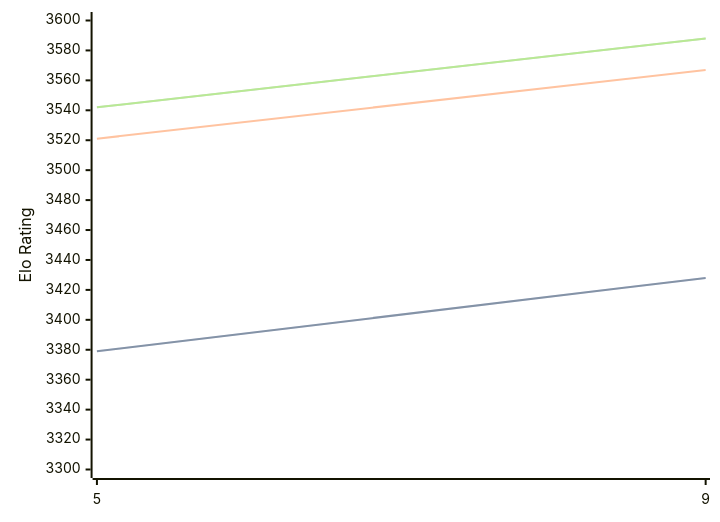
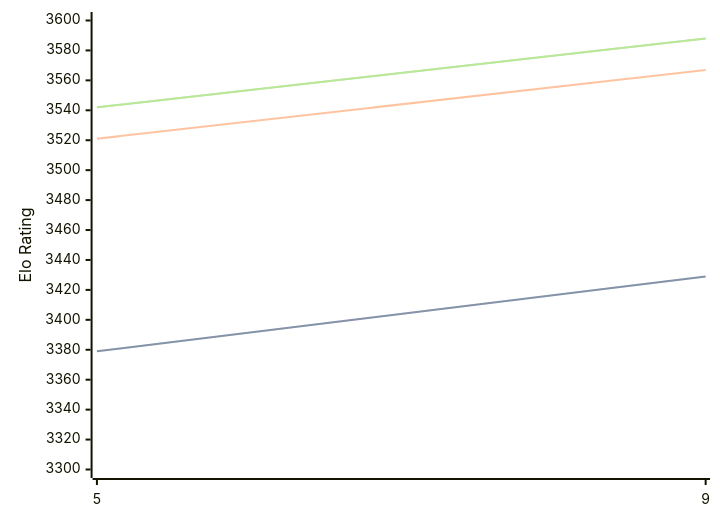
One commit to computer-chess-index/cci changed the diagram in engines/Crystal.md. Above: the diagram before and after it, drawn with Mermaid. The commit also changed other lines of this file, not shown here.

````diff
--- a/engines/Crystal.md
+++ b/engines/Crystal.md
@@ -32,11 +32,11 @@
 ```mermaid
 %%{init: {"theme":"base","themeVariables":{"seriesColors:['#a3a3a3','#222221','#faa371']}}}%%
 xychart-beta
   x-axis ["5", "9"]
   y-axis "Elo Rating" 3300 --> 3600
-  line "" [3379, 3428]
-  line "STC (8.0+0.08s)" [3379, 3428]
+  line "" [3379, 3429]
+  line "STC (8.0+0.08s)" [3379, 3429]
   line "LTC (60.0+0.60s)" [3521, 3567]
   line "" [3542, 3588]
   line "VLTC (2m24s+1.12s)" [3542, 3588]
 ```
````
